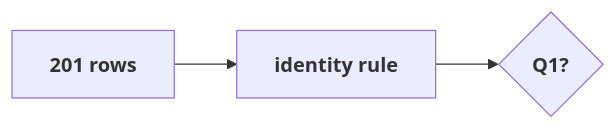
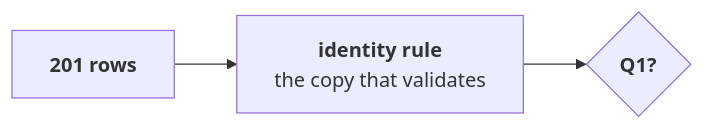
Before and after one commit to fde-academy-lab/c2-content-factory: diagram 13 of 23 in content/W01/D3/slides/C2_W01_D03_half1_STUDENT.md, drawn with Mermaid. The commit also changed other lines of this file and 2 other files, not shown here.

````diff
--- a/content/W01/D3/slides/C2_W01_D03_half1_STUDENT.md
+++ b/content/W01/D3/slides/C2_W01_D03_half1_STUDENT.md
@@ -652,4 +896,4 @@
 ```mermaid
 flowchart LR
-    R["<b>201 rows</b>"] --> K["<b>identity rule</b>"] --> Q{"<b>Q1?</b>"}
+    R["<b>201 rows</b>"] --> K["<b>identity rule</b><br/>the copy that validates"] --> Q{"<b>Q1?</b>"}
 ```
````
